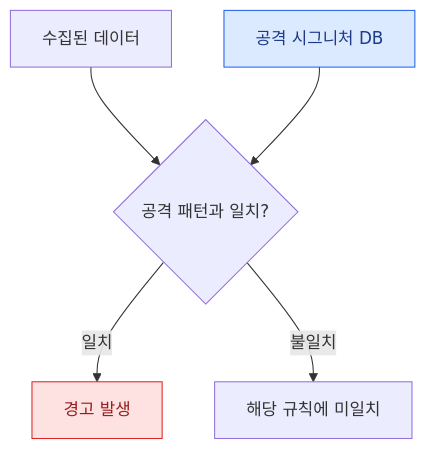
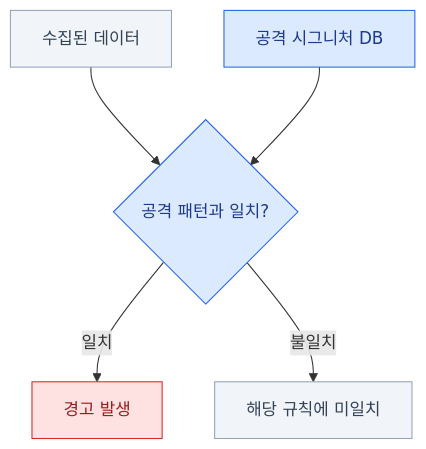
The first of 6 diagrams in _posts/2026-11-27-ids-ips.md (jjihhwaan/jjihhwaan.github.io), drawn with Mermaid before and after one commit. The commit also changed other lines of this file, not shown here.

````diff
--- a/_posts/2026-11-27-ids-ips.md
+++ b/_posts/2026-11-27-ids-ips.md
@@ -257,10 +309,15 @@
 ```mermaid
 flowchart TB
     A["수집된 데이터"] --> B{"공격 패턴과 일치?"}
     E["공격 시그니처 DB"] --> B
     B -->|일치| C["경고 발생"]
     B -->|불일치| D["해당 규칙에 미일치"]
 
-    style C fill:#fee2e2,stroke:#dc2626,color:#991b1b
-    style E fill:#dbeafe,stroke:#2563eb,color:#1e3a8a
+    classDef normal fill:#f1f5f9,stroke:#94a3b8,color:#334155
+    classDef inspect fill:#dbeafe,stroke:#2563eb,color:#1e3a8a
+    classDef alert fill:#fee2e2,stroke:#dc2626,color:#991b1b
+
+    class A,D normal
+    class B,E inspect
+    class C alert
 ```
````
